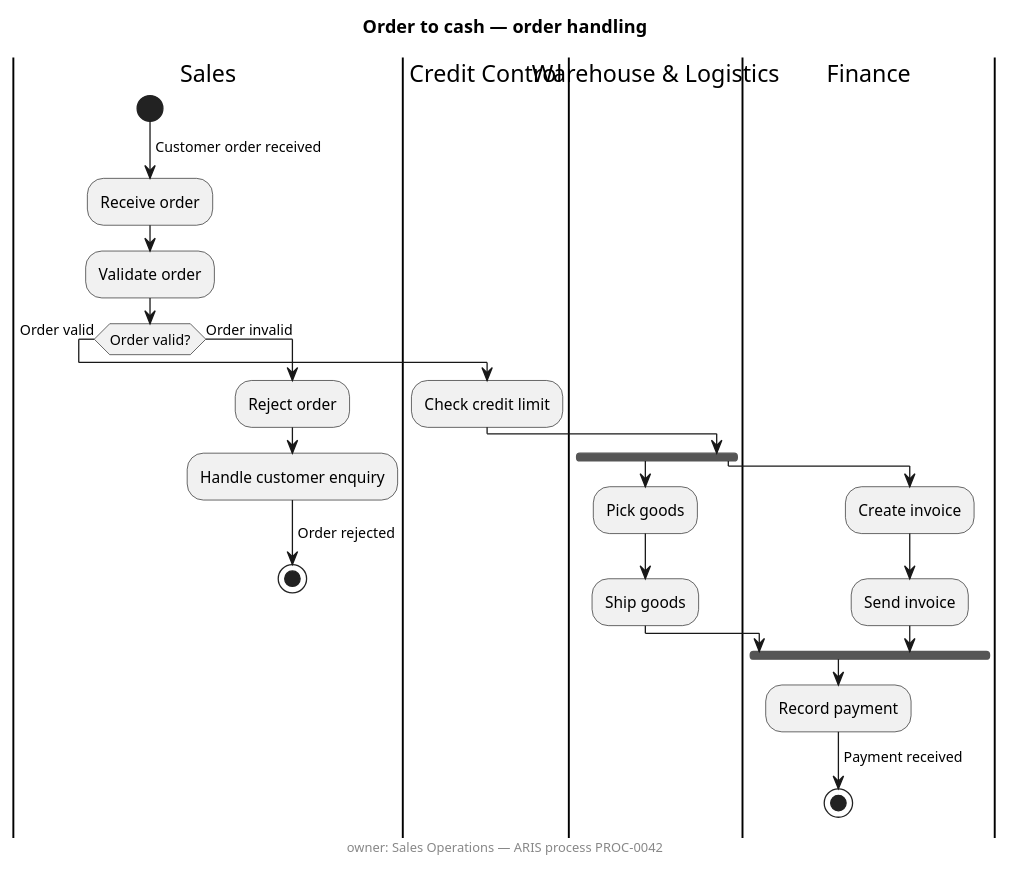
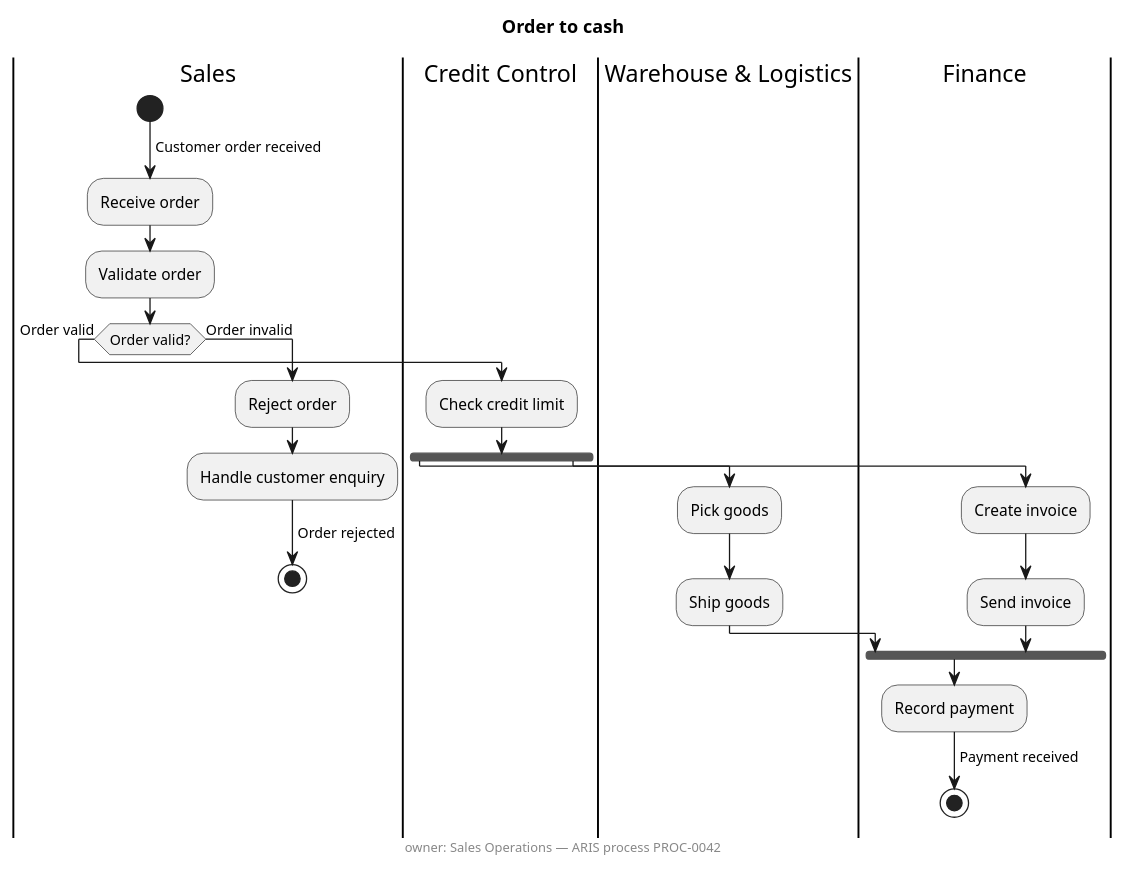
The diagram in docs/process-demo/order_to_cash.puml (fdurieux/pumllint), drawn with PlantUML before and after one commit.

Commit message:
docs: align the conforming process demo with the converter's emission
Title is the process name, and the lane line sits inside the fork branch
where the converter places it, so aris2puml's output for the same EPC is
byte-identical to this file once comment lines are stripped. Lint result
unchanged (clean); PlantUML grammar check unchanged.

Claude-Session: https://claude.ai/code/session_01Lh3zbNKcU7rq3sQqFcyeYg

```diff
--- a/docs/process-demo/order_to_cash.puml
+++ b/docs/process-demo/order_to_cash.puml
@@ -1,39 +1,39 @@
 @startuml order-to-cash
 ' Hand-derived from an ARIS EPC "Order to cash" following the mapping table
 ' in docs/business-processes.md: functions are verb-first actions, org units
 ' are swimlanes, events ride on arrow labels and XOR branch labels, the AND
 ' connector is a fork, the process interface is an action with an aris: marker. The
 ' footer carries the governance tags GEN006/GEN007 look for.
-title Order to cash — order handling
+title Order to cash
 footer owner: Sales Operations — ARIS process PROC-0042
 
 |Sales|
 start
 -> Customer order received;
 :Receive order;
 :Validate order;
 if (Order valid?) then (Order valid)
   |Credit Control|
   :Check credit limit;
-  |Warehouse & Logistics|
   fork
+    |Warehouse & Logistics|
     :Pick goods;
     :Ship goods;
   fork again
     |Finance|
     :Create invoice;
     :Send invoice;
   end fork
   |Finance|
   :Record payment;
   -> Payment received;
   stop
 else (Order invalid)
   |Sales|
   :Reject order;
   ' aris: interface PROC-0051
   :Handle customer enquiry;
   -> Order rejected;
   stop
 endif
 @enduml
```
